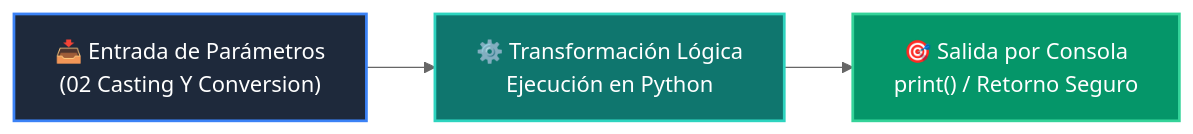
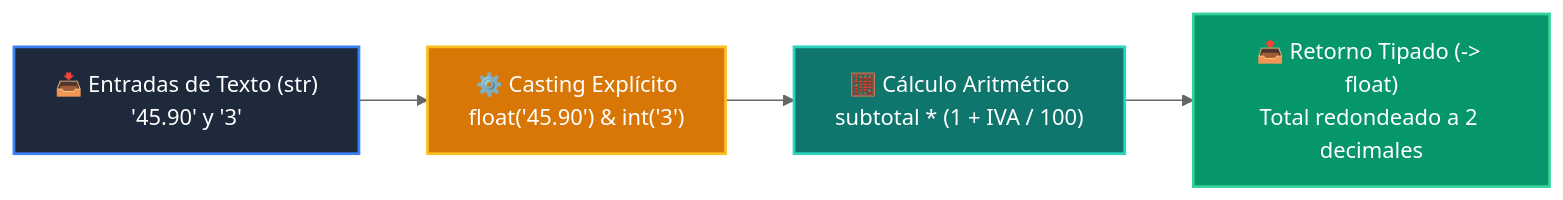
One commit to wisrovi/wisrovi-python changed the diagram in 01-fundamentos-python/clase-02-variables-y-tipos/ejemplos/ejemplo_02_casting_y_conversion/README.md. Above: the diagram before and after it, drawn with Mermaid (neutral theme). The commit also changed other lines of this file and 38 other files, not shown here.

````diff
--- a/01-fundamentos-python/clase-02-variables-y-tipos/ejemplos/ejemplo_02_casting_y_conversion/README.md
+++ b/01-fundamentos-python/clase-02-variables-y-tipos/ejemplos/ejemplo_02_casting_y_conversion/README.md
@@ -19,9 +19,11 @@
 ```mermaid
 flowchart LR
-    A["📥 Entrada de Parámetros<br/>(02 Casting Y Conversion)"] --> B["⚙️ Transformación Lógica<br/>Ejecución en Python"]
-    B --> C["🎯 Salida por Consola<br/>print() / Retorno Seguro"]
+    A["📥 Entradas de Texto (str)<br/>'45.90' y '3'"] --> B["⚙️ Casting Explícito<br/>float('45.90') & int('3')"]
+    B --> C["🧮 Cálculo Aritmético<br/>subtotal * (1 + IVA / 100)"]
+    C --> D["📤 Retorno Tipado (-> float)<br/>Total redondeado a 2 decimales"]
 
     style A fill:#1e293b,color:#ffffff,stroke:#3b82f6,stroke-width:2px
-    style B fill:#0f766e,color:#ffffff,stroke:#2dd4bf,stroke-width:2px
-    style C fill:#059669,color:#ffffff,stroke:#34d399,stroke-width:2px
+    style B fill:#d97706,color:#ffffff,stroke:#fbbf24,stroke-width:2px
+    style C fill:#0f766e,color:#ffffff,stroke:#2dd4bf,stroke-width:2px
+    style D fill:#059669,color:#ffffff,stroke:#34d399,stroke-width:2px
 ```
````
